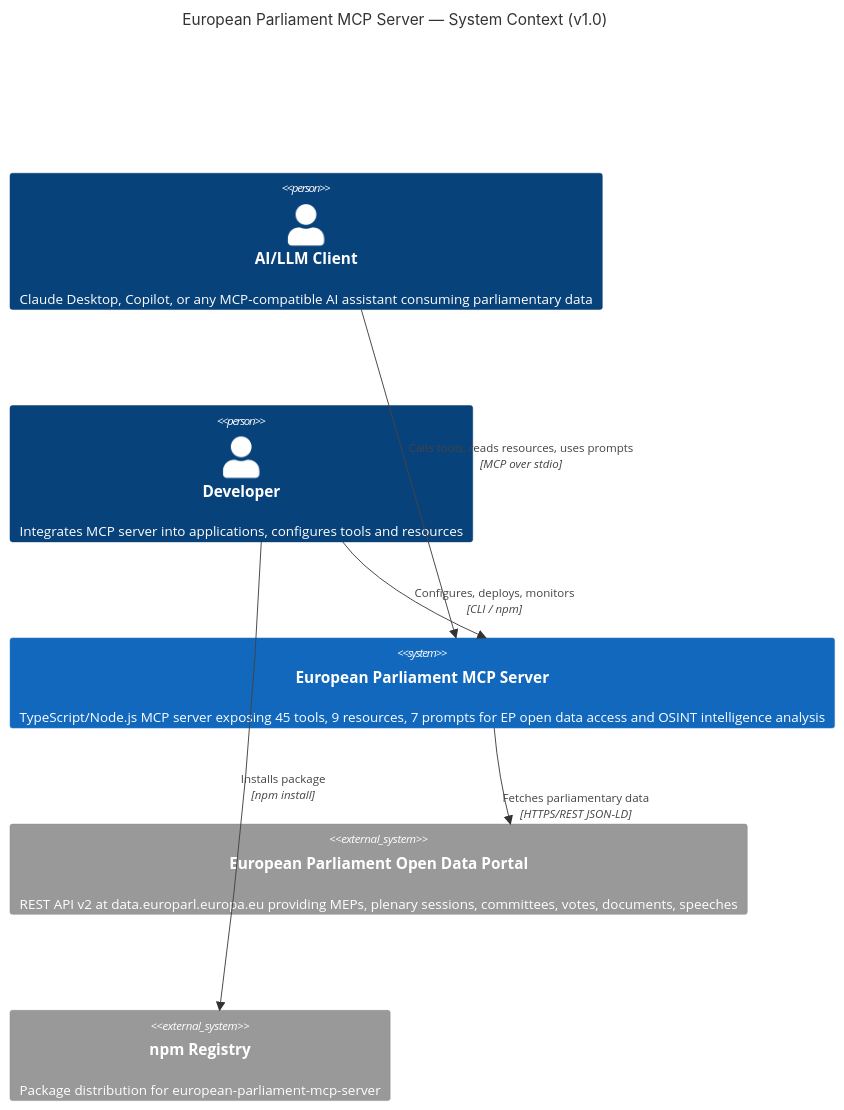
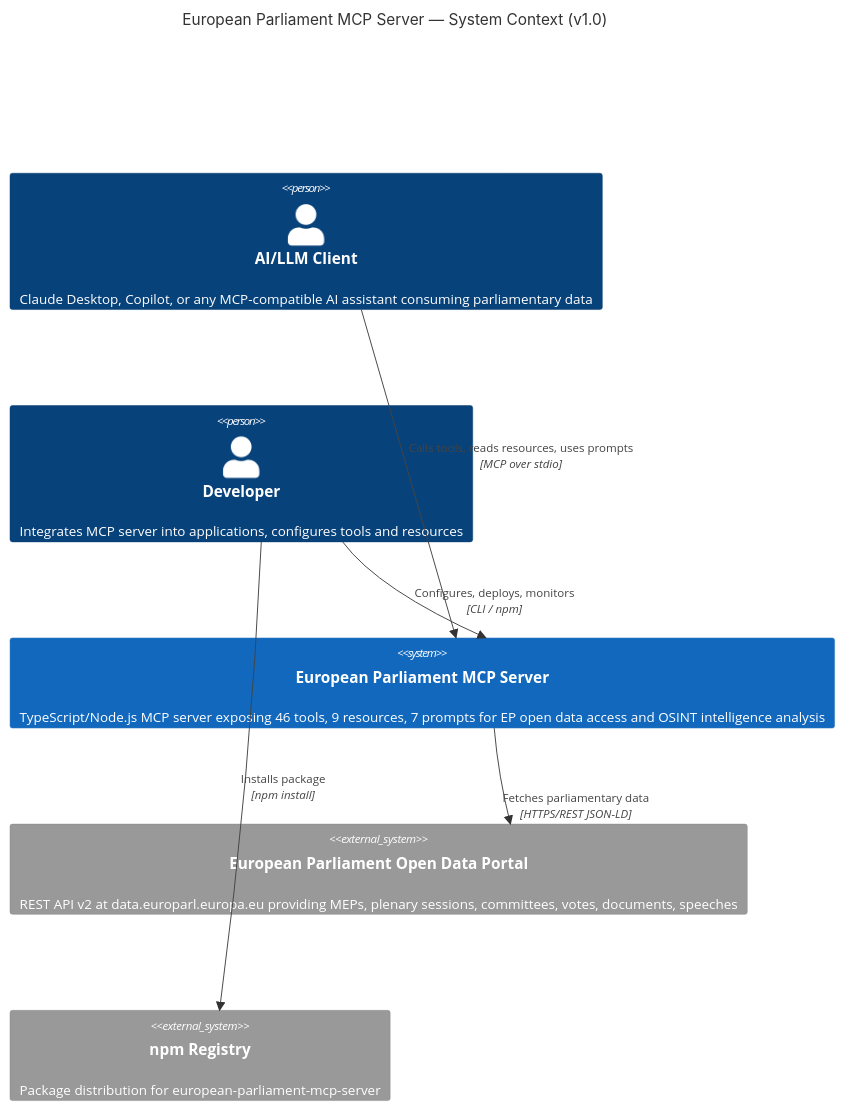
Before and after one commit to Hack23/European-Parliament-MCP-Server: the first of 5 diagrams in docs/api/media/ARCHITECTURE.md, drawn with Mermaid. The commit also changed other lines of this file and 36 other files, not shown here.

Commit message:
docs: update tool count 45→46 across all documentation (correlate_intelligence is 15th OSINT tool)

````diff
--- a/docs/api/media/ARCHITECTURE.md
+++ b/docs/api/media/ARCHITECTURE.md
@@ -81,20 +81,20 @@
 ```mermaid
 C4Context
     title European Parliament MCP Server — System Context (v1.0)
 
     Person(aiClient, "AI/LLM Client", "Claude Desktop, Copilot, or any MCP-compatible AI assistant consuming parliamentary data")
     Person(developer, "Developer", "Integrates MCP server into applications, configures tools and resources")
 
-    System(mcpServer, "European Parliament MCP Server", "TypeScript/Node.js MCP server exposing 45 tools, 9 resources, 7 prompts for EP open data access and OSINT intelligence analysis")
+    System(mcpServer, "European Parliament MCP Server", "TypeScript/Node.js MCP server exposing 46 tools, 9 resources, 7 prompts for EP open data access and OSINT intelligence analysis")
 
     System_Ext(epApi, "European Parliament Open Data Portal", "REST API v2 at data.europarl.europa.eu providing MEPs, plenary sessions, committees, votes, documents, speeches")
     System_Ext(npmRegistry, "npm Registry", "Package distribution for european-parliament-mcp-server")
 
     Rel(aiClient, mcpServer, "Calls tools, reads resources, uses prompts", "MCP over stdio")
     Rel(developer, mcpServer, "Configures, deploys, monitors", "CLI / npm")
     Rel(mcpServer, epApi, "Fetches parliamentary data", "HTTPS/REST JSON-LD")
     Rel(developer, npmRegistry, "Installs package", "npm install")
 
     UpdateRelStyle(aiClient, mcpServer, $offsetY="-30")
     UpdateRelStyle(mcpServer, epApi, $offsetY="20")
 ```
````
